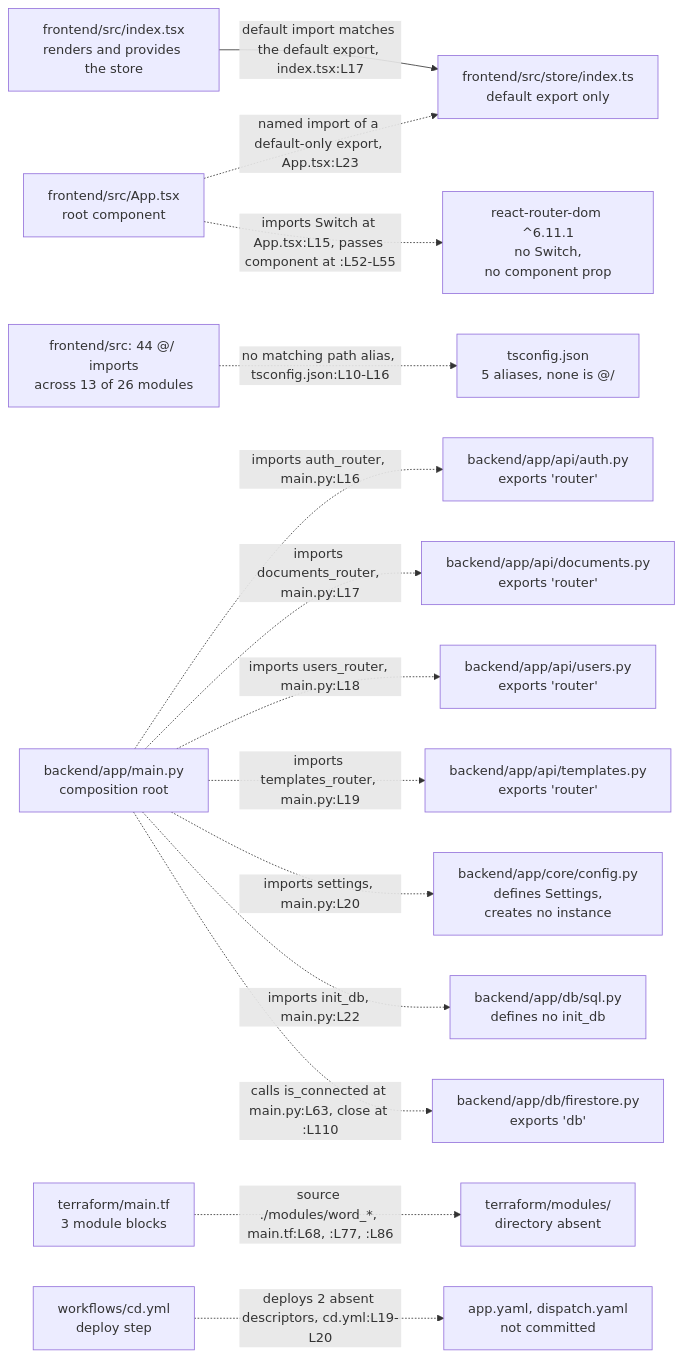
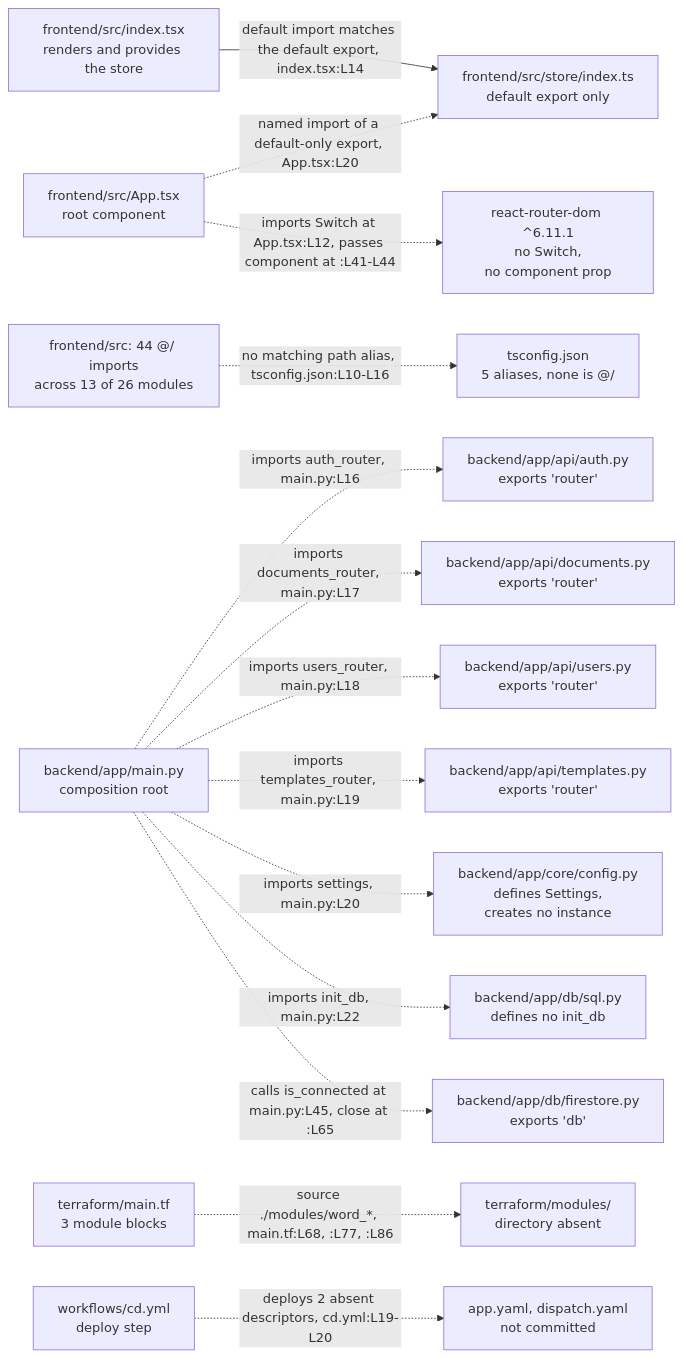
One commit to blitzy-public-samples/microsoft-word-u33ko0 changed the second of 2 diagrams in docs/architecture-overview.md. Above: the diagram before and after it, drawn with Mermaid. The commit also changed other lines of this file and 69 other files, not shown here.

````diff
--- a/docs/architecture-overview.md
+++ b/docs/architecture-overview.md
@@ -240,45 +243,45 @@
 ```mermaid
 graph LR
     accTitle: The broken-edge overlay, every unresolvable link dashed and labelled
     accDescr: The same skeleton redrawn so that each link which cannot resolve is dashed and labelled. Seven dashed edges leave the composition root. One solid edge marks the single import form that matches its target.
     INDEX["frontend/src/index.tsx<br/>renders and provides the store"]
     APP["frontend/src/App.tsx<br/>root component"]
     STORE2["frontend/src/store/index.ts<br/>default export only"]
     ALIAS["frontend/src: 44 @/ imports<br/>across 13 of 26 modules"]
 
     MAIN2["backend/app/main.py<br/>composition root"]
     AUTHR["backend/app/api/auth.py<br/>exports 'router'"]
     DOCR["backend/app/api/documents.py<br/>exports 'router'"]
     USERR["backend/app/api/users.py<br/>exports 'router'"]
     TMPLR["backend/app/api/templates.py<br/>exports 'router'"]
     CFG["backend/app/core/config.py<br/>defines Settings,<br/>creates no instance"]
     SQLA["backend/app/db/sql.py<br/>defines no init_db"]
     FSA["backend/app/db/firestore.py<br/>exports 'db'"]
 
     TSC["tsconfig.json<br/>5 aliases, none is @/"]
     RRD["react-router-dom ^6.11.1<br/>no Switch,<br/>no component prop"]
     TERRA["terraform/main.tf<br/>3 module blocks"]
     TFMOD["terraform/modules/<br/>directory absent"]
     CD["workflows/cd.yml<br/>deploy step"]
     DESC["app.yaml, dispatch.yaml<br/>not committed"]
 
-    INDEX -->|"default import matches the default export, index.tsx:L17"| STORE2
+    INDEX -->|"default import matches the default export, index.tsx:L14"| STORE2
 
     MAIN2 -.->|"imports auth_router, main.py:L16"| AUTHR
     MAIN2 -.->|"imports documents_router, main.py:L17"| DOCR
     MAIN2 -.->|"imports users_router, main.py:L18"| USERR
     MAIN2 -.->|"imports templates_router, main.py:L19"| TMPLR
     MAIN2 -.->|"imports settings, main.py:L20"| CFG
     MAIN2 -.->|"imports init_db, main.py:L22"| SQLA
-    MAIN2 -.->|"calls is_connected at main.py:L63, close at :L110"| FSA
-    APP -.->|"named import of a default-only export, App.tsx:L23"| STORE2
-    APP -.->|"imports Switch at App.tsx:L15, passes component at :L52-L55"| RRD
+    MAIN2 -.->|"calls is_connected at main.py:L45, close at :L65"| FSA
+    APP -.->|"named import of a default-only export, App.tsx:L20"| STORE2
+    APP -.->|"imports Switch at App.tsx:L12, passes component at :L41-L44"| RRD
     ALIAS -.->|"no matching path alias, tsconfig.json:L10-L16"| TSC
     TERRA -.->|"source ./modules/word_*, main.tf:L68, :L77, :L86"| TFMOD
     CD -.->|"deploys 2 absent descriptors, cd.yml:L19-L20"| DESC
 
 %% Dashed edges cannot resolve. The solid edge marks the one import form that matches
 %% its target, and contrasts with the dashed edge reaching that same target from App.tsx.
 %% Each node label carries its own directory, so the frontend and backend halves stay legible
 %% without a cluster box around them.
 ```
````
